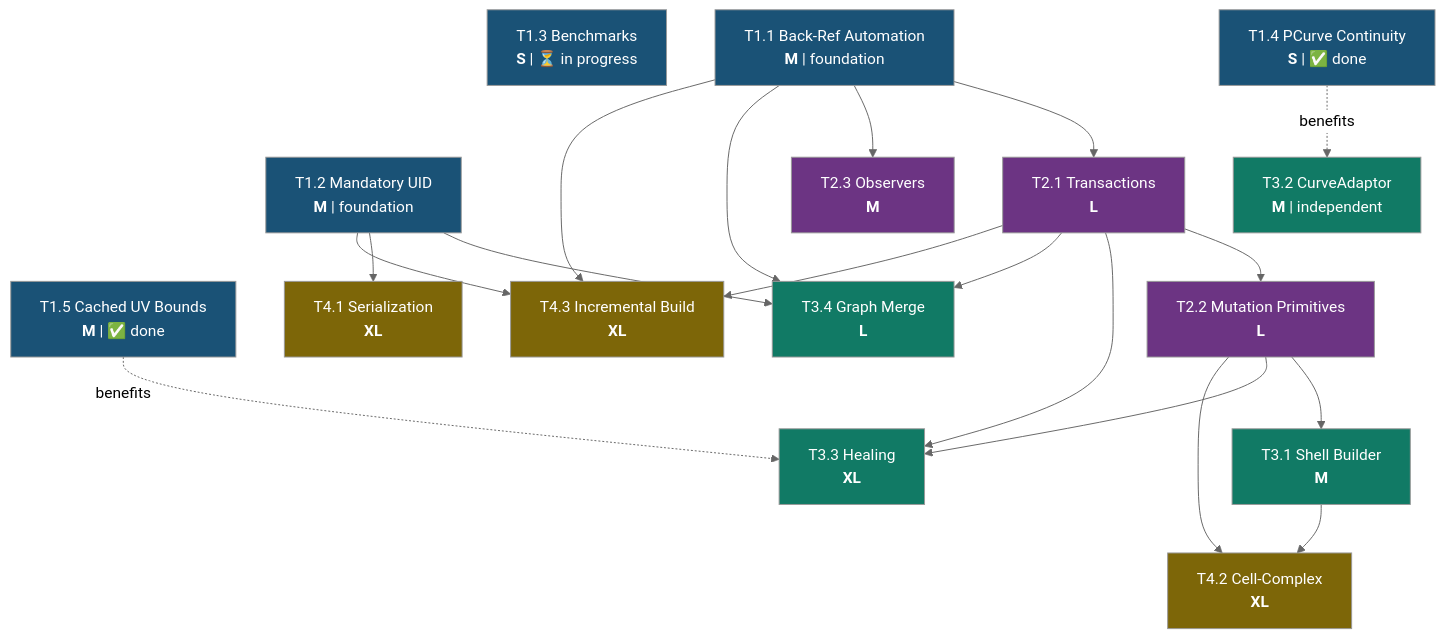
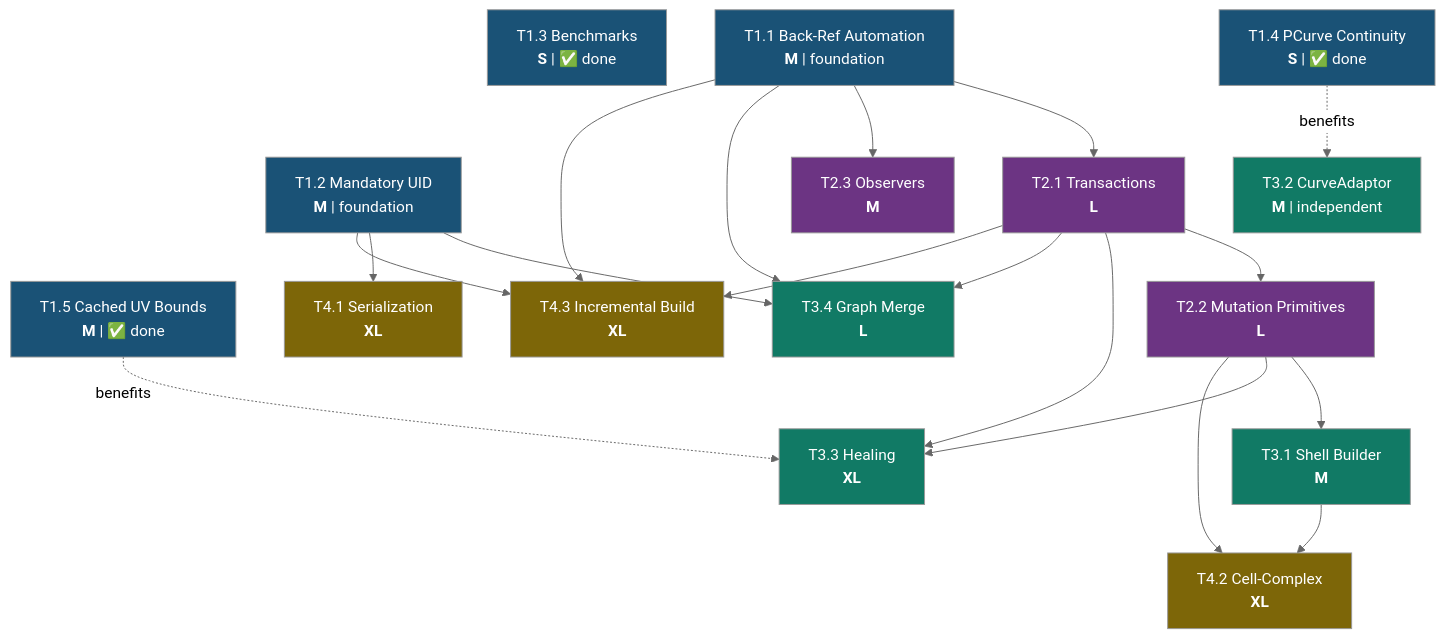
The third of 10 diagrams in src/ModelingData/TKBRep/BRepGraph/TODO.md (Open-Cascade-SAS/OCCT), drawn with Mermaid (neutral theme) before and after one commit. The commit also changed other lines of this file and 3 other files, not shown here.

````diff
--- a/src/ModelingData/TKBRep/BRepGraph/TODO.md
+++ b/src/ModelingData/TKBRep/BRepGraph/TODO.md
@@ -115,52 +115,52 @@
 ```mermaid
 graph TD
-    T1_3["T1.3 Benchmarks<br/><b>S</b> | ⏳ in progress"]
+    T1_3["T1.3 Benchmarks<br/><b>S</b> | ✅ done"]
     T1_4["T1.4 PCurve Continuity<br/><b>S</b> | ✅ done"]
     T1_5["T1.5 Cached UV Bounds<br/><b>M</b> | ✅ done"]
     T1_1["T1.1 Back-Ref Automation<br/><b>M</b> | foundation"]
     T1_2["T1.2 Mandatory UID<br/><b>M</b> | foundation"]
     T2_1["T2.1 Transactions<br/><b>L</b>"]
     T2_2["T2.2 Mutation Primitives<br/><b>L</b>"]
     T2_3["T2.3 Observers<br/><b>M</b>"]
     T3_1["T3.1 Shell Builder<br/><b>M</b>"]
     T3_2["T3.2 CurveAdaptor<br/><b>M</b> | independent"]
     T3_3["T3.3 Healing<br/><b>XL</b>"]
     T3_4["T3.4 Graph Merge<br/><b>L</b>"]
     T4_1["T4.1 Serialization<br/><b>XL</b>"]
     T4_2["T4.2 Cell-Complex<br/><b>XL</b>"]
     T4_3["T4.3 Incremental Build<br/><b>XL</b>"]
 
     T1_1 --> T2_1
     T1_1 --> T2_3
     T2_1 --> T2_2
     T2_2 --> T3_1
     T2_1 --> T3_3
     T2_2 --> T3_3
     T2_1 --> T3_4
     T1_1 --> T3_4
     T1_2 --> T3_4
     T1_2 --> T4_1
     T3_1 --> T4_2
     T2_2 --> T4_2
     T1_1 --> T4_3
     T1_2 --> T4_3
     T2_1 --> T4_3
     T1_4 -.->|benefits| T3_2
     T1_5 -.->|benefits| T3_3
 
     style T1_1 fill:#1a5276,color:#fff
     style T1_2 fill:#1a5276,color:#fff
     style T1_3 fill:#1a5276,color:#fff
     style T1_4 fill:#1a5276,color:#fff
     style T1_5 fill:#1a5276,color:#fff
     style T2_1 fill:#6c3483,color:#fff
     style T2_2 fill:#6c3483,color:#fff
     style T2_3 fill:#6c3483,color:#fff
     style T3_1 fill:#117a65,color:#fff
     style T3_2 fill:#117a65,color:#fff
     style T3_3 fill:#117a65,color:#fff
     style T3_4 fill:#117a65,color:#fff
     style T4_1 fill:#7d6608,color:#fff
     style T4_2 fill:#7d6608,color:#fff
     style T4_3 fill:#7d6608,color:#fff
 ```
````
